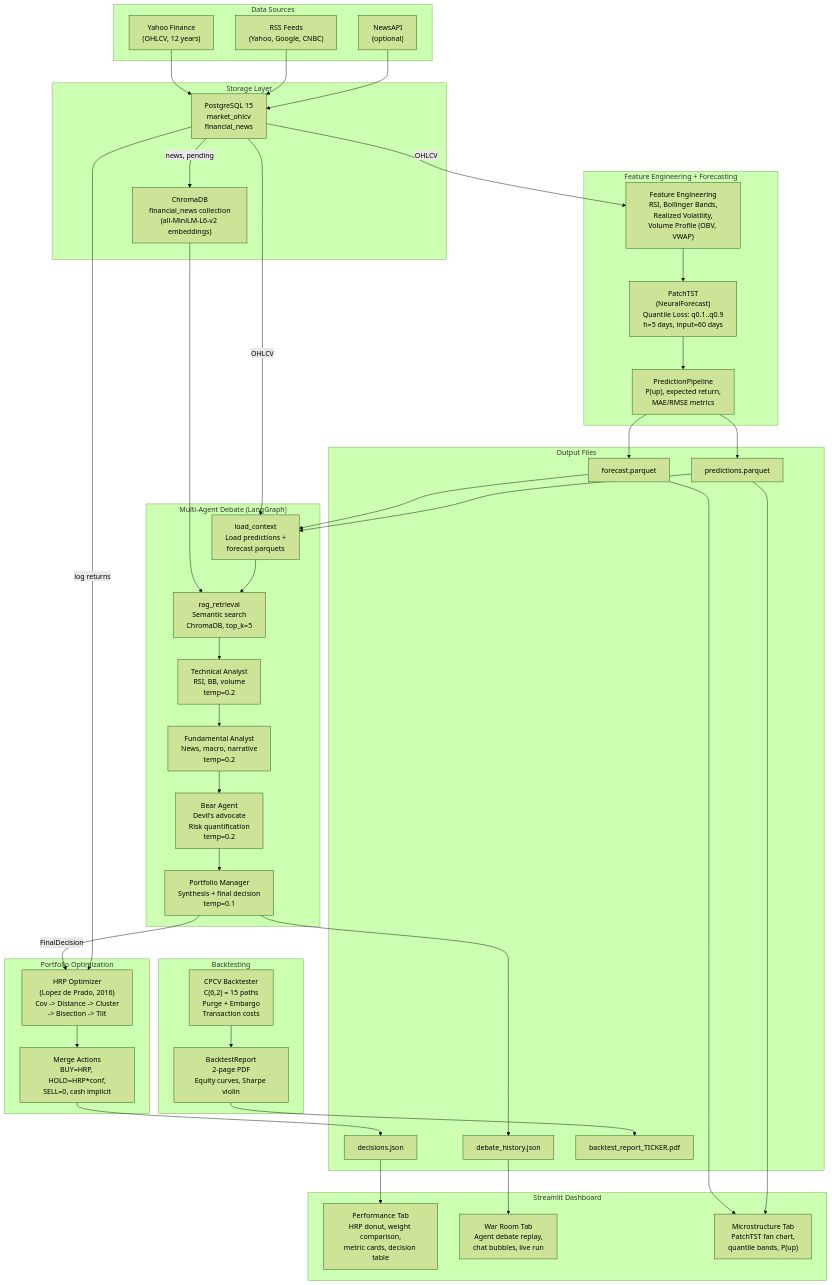
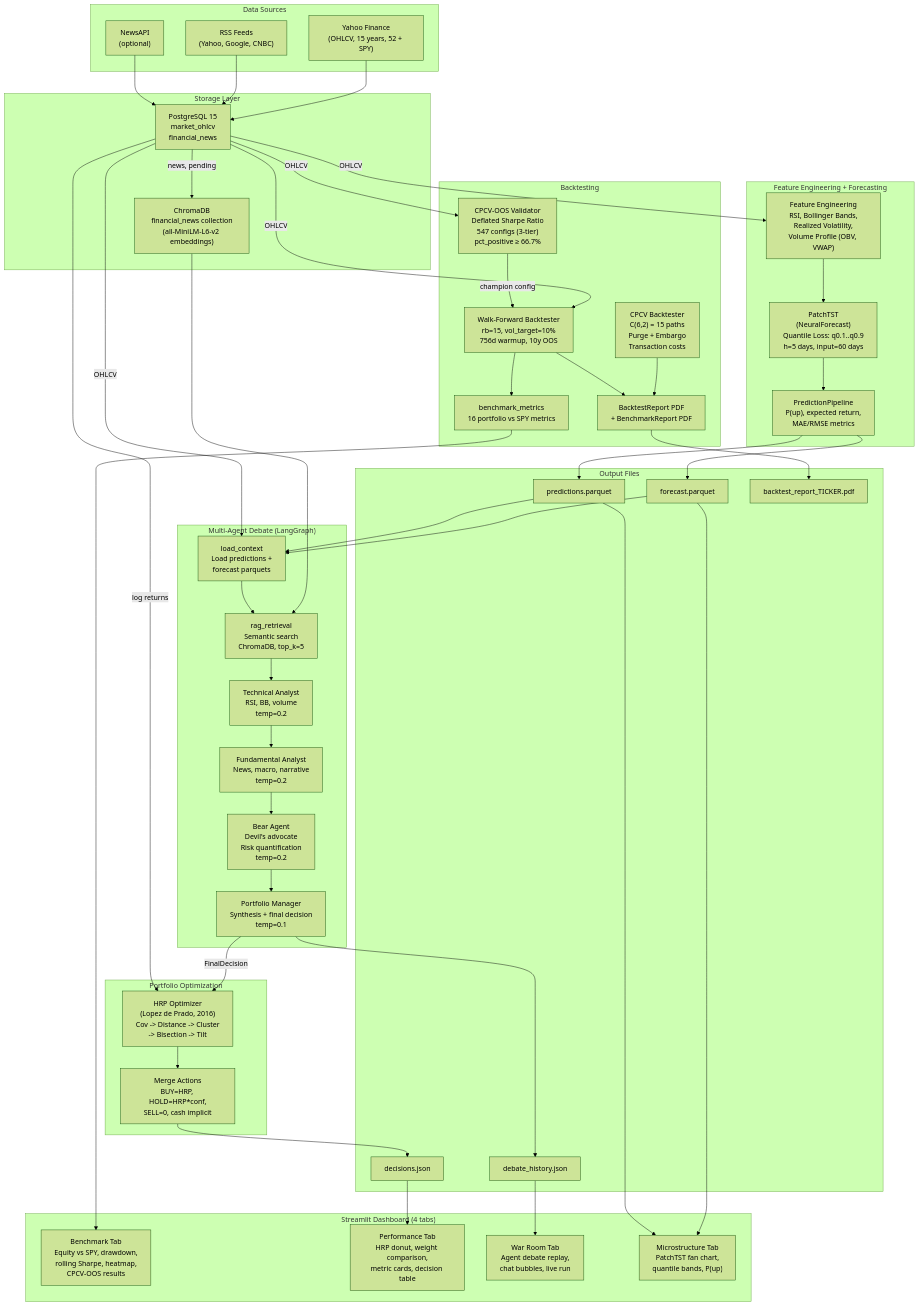
Before and after one commit to cockles98/titanium-alpha: the first of 2 diagrams in ARCHITECTURE.md, drawn with Mermaid (forest theme). The commit also changed other lines of this file and 23 other files, not shown here.

````diff
--- a/ARCHITECTURE.md
+++ b/ARCHITECTURE.md
@@ -11,7 +11,7 @@
 ```mermaid
 flowchart TD
     subgraph Sources["Data Sources"]
-        YF["Yahoo Finance<br/>(OHLCV, 12 years)"]
+        YF["Yahoo Finance<br/>(OHLCV, 15 years, 52 + SPY)"]
         RSS["RSS Feeds<br/>(Yahoo, Google, CNBC)"]
         NEWS_API["NewsAPI<br/>(optional)"]
     end
@@ -43,7 +43,10 @@
 
     subgraph Validation["Backtesting"]
         CPCV["CPCV Backtester<br/>C(6,2) = 15 paths<br/>Purge + Embargo<br/>Transaction costs"]
-        REPORT["BacktestReport<br/>2-page PDF<br/>Equity curves, Sharpe violin"]
+        CPCVOOS["CPCV-OOS Validator<br/>Deflated Sharpe Ratio<br/>547 configs (3-tier)<br/>pct_positive &ge; 66.7%"]
+        WF["Walk-Forward Backtester<br/>rb=15, vol_target=10%<br/>756d warmup, 10y OOS"]
+        BMET["benchmark_metrics<br/>16 portfolio vs SPY metrics"]
+        REPORT["BacktestReport PDF<br/>+ BenchmarkReport PDF"]
     end
 
     subgraph Output["Output Files"]
@@ -54,7 +57,8 @@
         PDF["backtest_report_TICKER.pdf"]
     end
 
-    subgraph Dashboard["Streamlit Dashboard"]
+    subgraph Dashboard["Streamlit Dashboard (4 tabs)"]
+        T0["Benchmark Tab<br/>Equity vs SPY, drawdown,<br/>rolling Sharpe, heatmap,<br/>CPCV-OOS results"]
         T1["Performance Tab<br/>HRP donut, weight comparison,<br/>metric cards, decision table"]
         T2["War Room Tab<br/>Agent debate replay,<br/>chat bubbles, live run"]
         T3["Microstructure Tab<br/>PatchTST fan chart,<br/>quantile bands, P(up)"]
@@ -87,6 +91,12 @@
     DH --> T2
     FP --> T3
     PP --> T3
+    PG -->|OHLCV| CPCVOOS
+    PG -->|OHLCV| WF
+    CPCVOOS -->|champion config| WF
+    WF --> BMET
+    BMET --> T0
     CPCV --> REPORT
+    WF --> REPORT
     REPORT --> PDF
 ```
````
